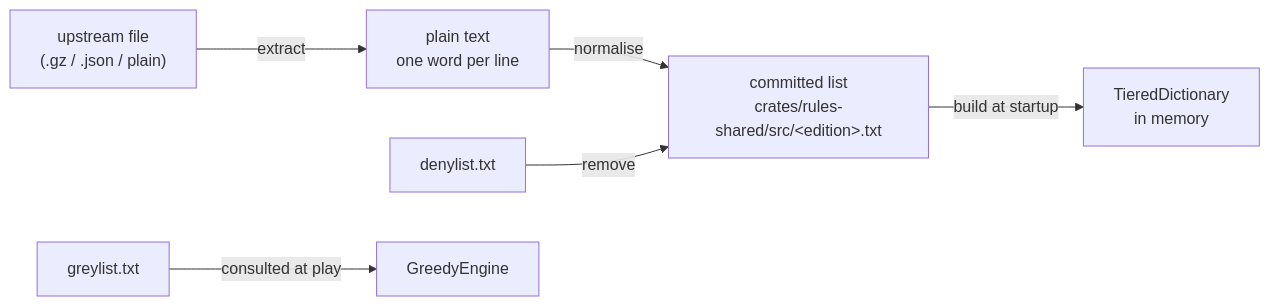
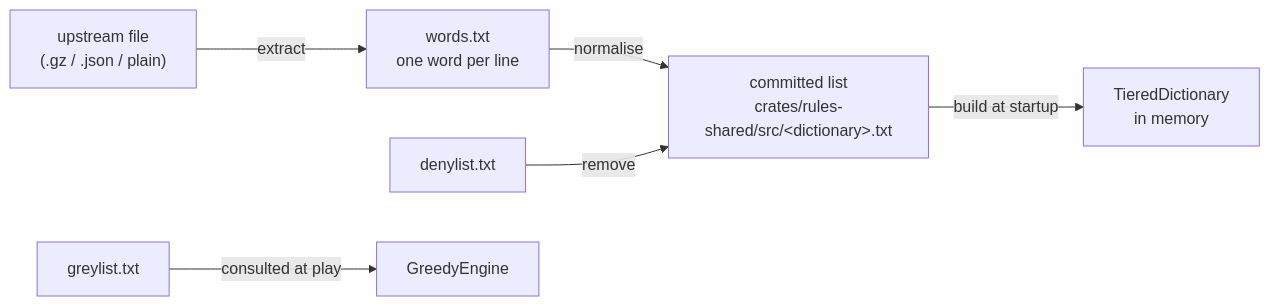
Before and after one commit to delphside/tile-lite-elite: the diagram in docs/4.3.5-word-lists-and-dictionaries.md, drawn with Mermaid. The commit also changed other lines of this file and 2 other files, not shown here.

First line of the commit message:
app 0.9.2 api 2.16: 4.3.5 Word lists, round 1 fixes

````diff
--- a/docs/4.3.5-word-lists-and-dictionaries.md
+++ b/docs/4.3.5-word-lists-and-dictionaries.md
@@ -24,8 +15,8 @@
 ```mermaid
 flowchart LR
-    U["upstream file<br/>(.gz / .json / plain)"] -->|extract| P["plain text<br/>one word per line"]
-    P -->|normalise| C["committed list<br/>crates/rules-shared/src/&lt;edition&gt;.txt"]
+    U["upstream file<br/>(.gz / .json / plain)"] -->|extract| P["words.txt<br/>one word per line"]
+    P -->|normalise| C["committed list<br/>crates/rules-shared/src/&lt;dictionary&gt;.txt"]
     D["denylist.txt"] -->|remove| C
     C -->|build at startup| T["TieredDictionary<br/>in memory"]
     G["greylist.txt"] -->|consulted at play| E["GreedyEngine"]
 ```
````
